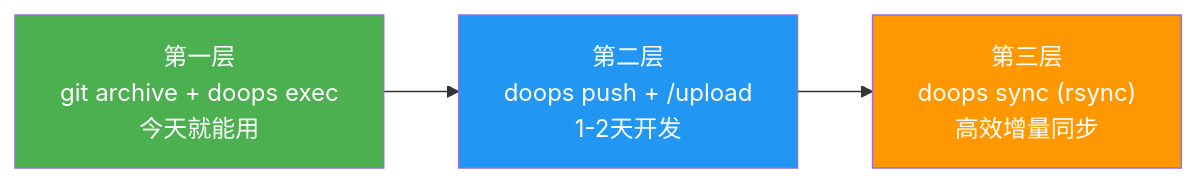
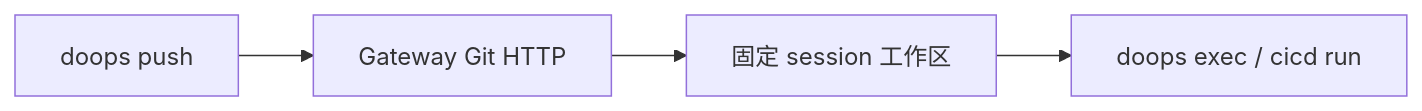
Before and after one commit to symansun/doops: the second of 2 diagrams in backend/docs/code_sync_rsync_analysis.md, drawn with Mermaid. The commit also changed other lines of this file and 5 other files, not shown here.

````diff
--- a/backend/docs/code_sync_rsync_analysis.md
+++ b/backend/docs/code_sync_rsync_analysis.md
@@ -132,8 +108,6 @@
 ```mermaid
 graph LR
-    A["第一层<br/>git archive + doops exec<br/>今天就能用"] --> B["第二层<br/>doops push + /upload<br/>1-2天开发"] --> C["第三层<br/>doops sync (rsync)<br/>高效增量同步"]
-    
-    style A fill:#4CAF50,color:white
-    style B fill:#2196F3,color:white
-    style C fill:#FF9800,color:white
+    A["doops push"] --> B["Gateway Git HTTP"]
+    B --> C["固定 session 工作区"]
+    C --> D["doops exec / cicd run"]
 ```
````
